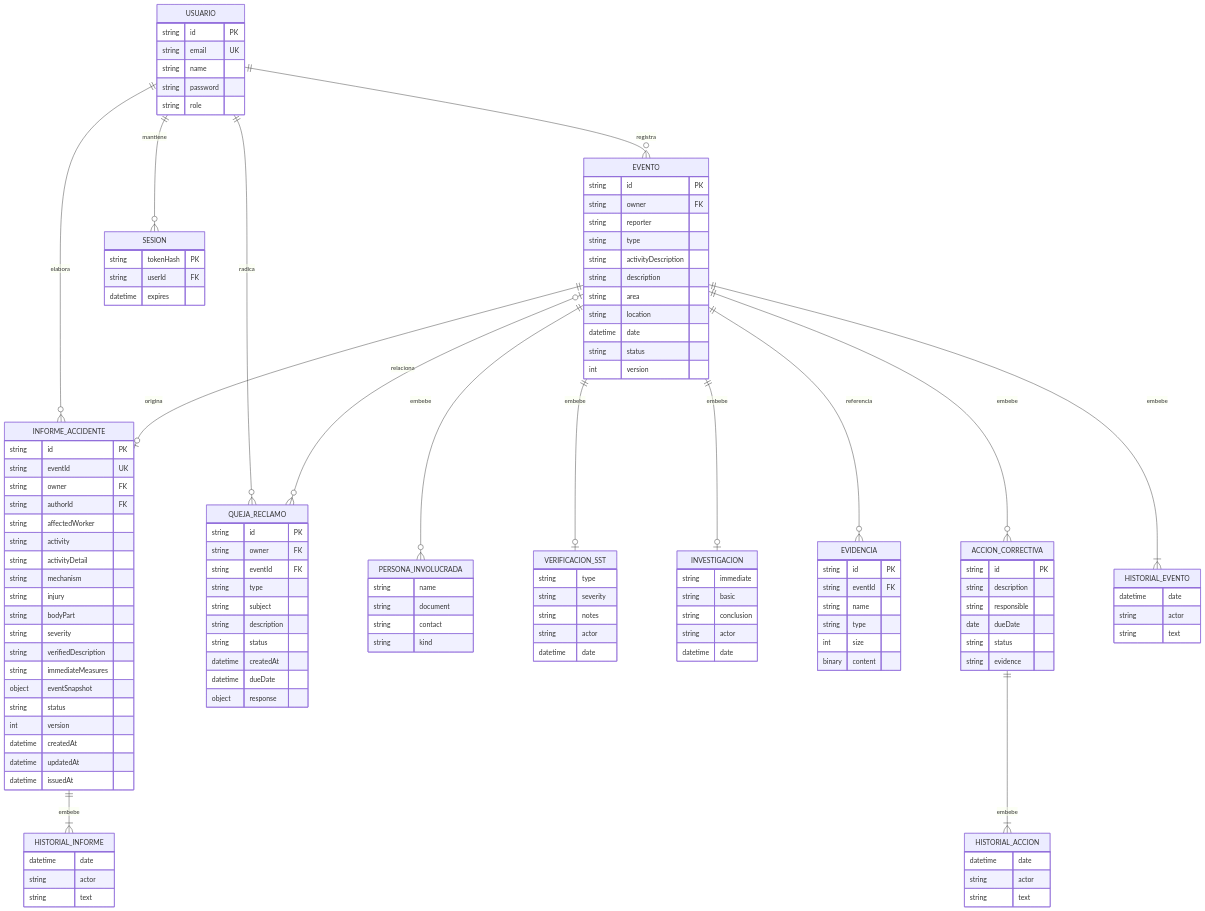
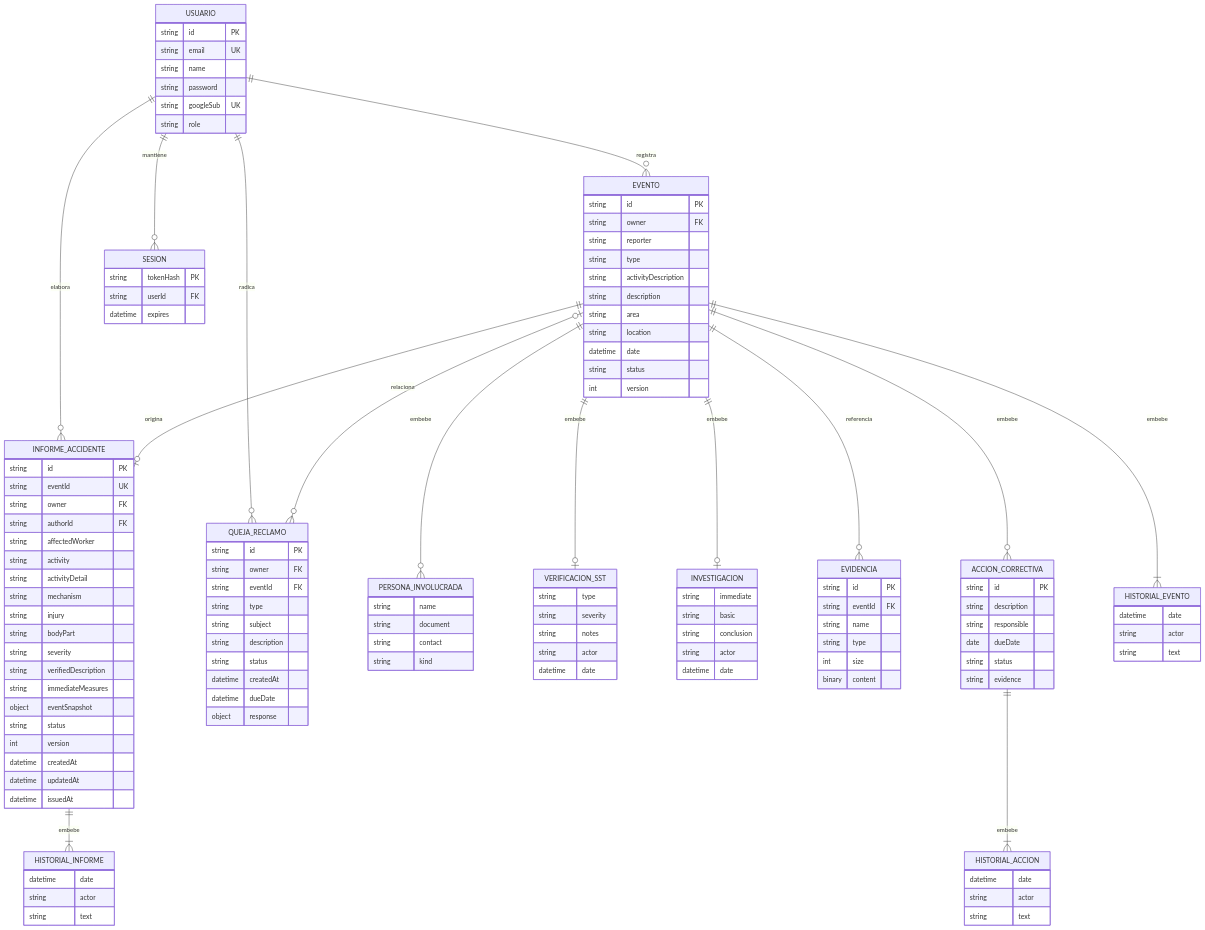
One commit to HEFRA-ws/ProyectoIngSoftware changed the diagram in docs/Diagrama-ER.md. Above: the diagram before and after it, drawn with Mermaid. The commit also changed other lines of this file and 15 other files, not shown here.

```diff
--- a/docs/Diagrama-ER.md
+++ b/docs/Diagrama-ER.md
@@ -23,6 +23,7 @@
     string email UK
     string name
     string password
+    string googleSub UK
     string role
   }
   EVENTO {
```
